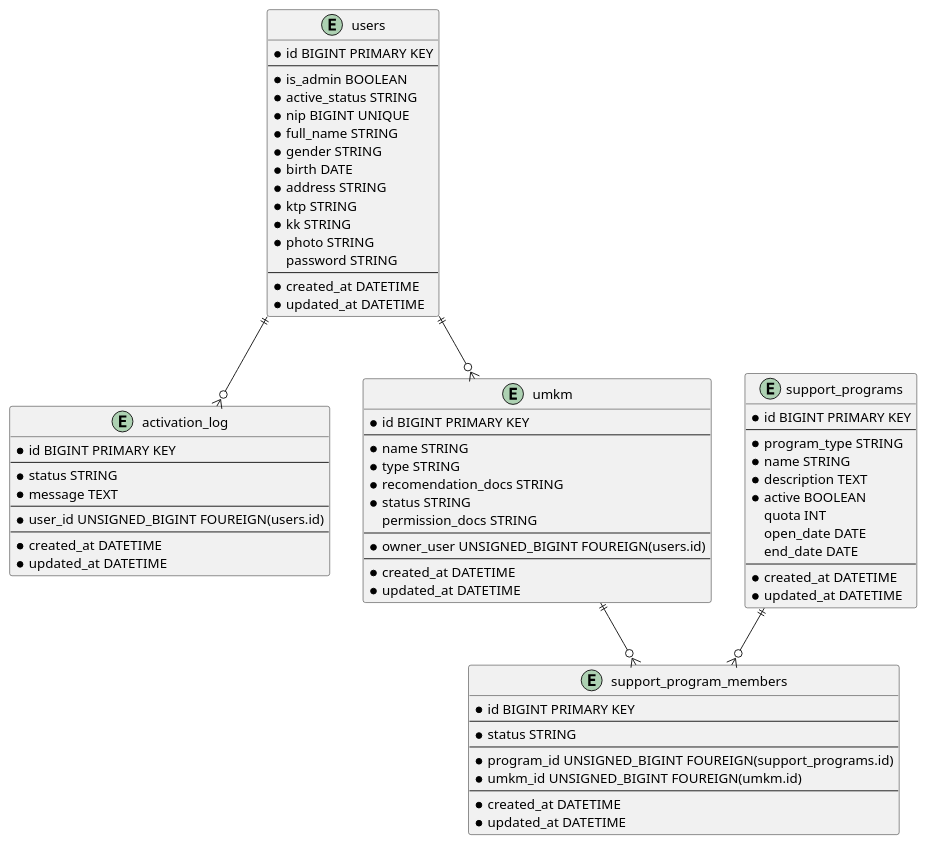
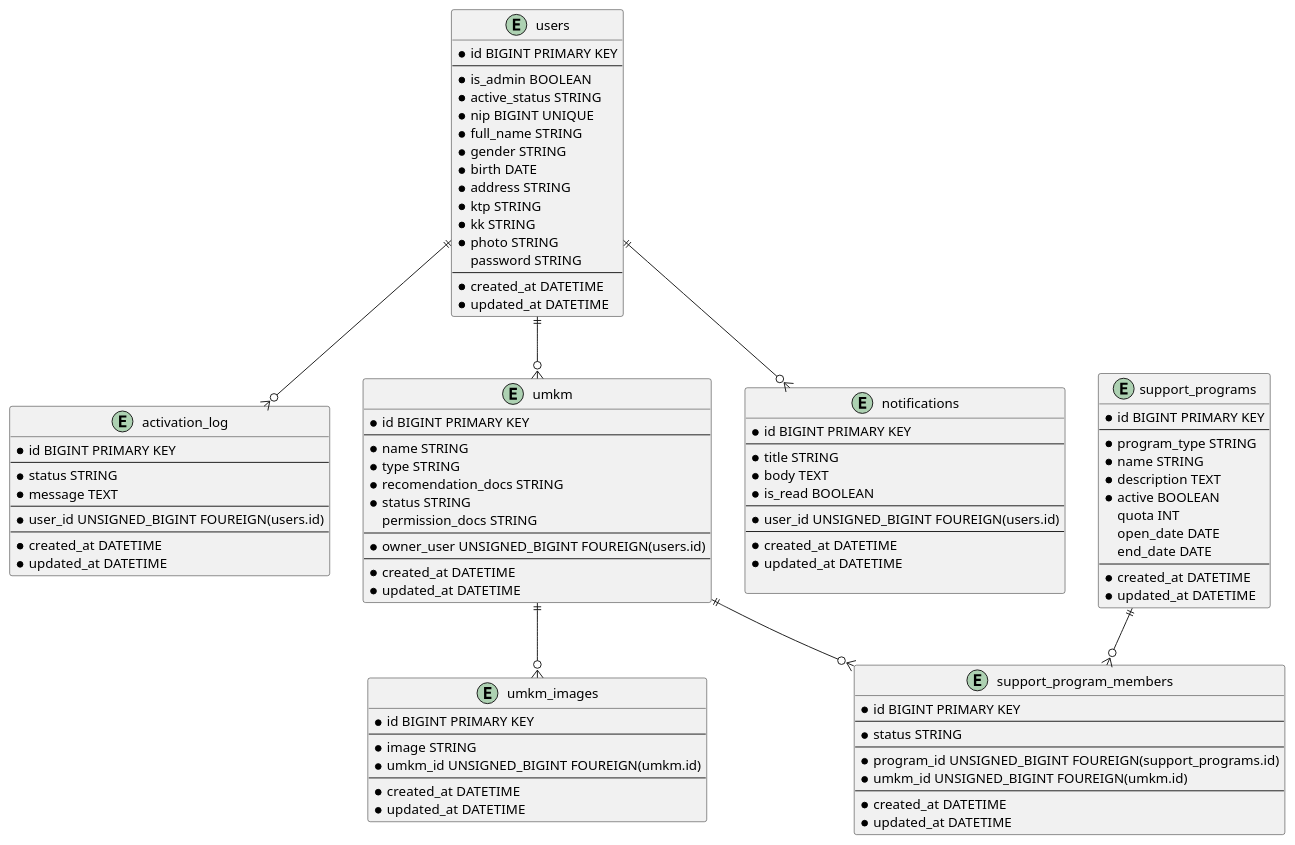
The diagram in db_design.puml (vithiaz/umkm_registration), drawn with PlantUML before and after one commit. The commit also changed 38 other files, not shown here.

```diff
--- a/db_design.puml
+++ b/db_design.puml
@@ -1,93 +1,124 @@
 @startuml
 
 entity users {
     * id BIGINT PRIMARY KEY
     --
     * is_admin BOOLEAN
     * active_status STRING
     ' active
     ' pending
     * nip BIGINT UNIQUE
     * full_name STRING
     * gender STRING
     * birth DATE
     * address STRING
     * ktp STRING
     * kk STRING
     * photo STRING
     password STRING
     --
     * created_at DATETIME
     * updated_at DATETIME
 }
 
 entity activation_log {
     * id BIGINT PRIMARY KEY
     --
     * status STRING
     ' acc
     ' rejected
     ' revoked
     * message TEXT
     --
     * user_id UNSIGNED_BIGINT FOUREIGN(users.id)
     --
     * created_at DATETIME
     * updated_at DATETIME
 }
 
 entity umkm {
     * id BIGINT PRIMARY KEY
     --
     * name STRING
     * type STRING
     ' koperasi
     ' umkm
     * recomendation_docs STRING
     * status STRING
     ' verified
     ' pending
+    ' rejected
     permission_docs STRING
     --
     * owner_user UNSIGNED_BIGINT FOUREIGN(users.id)
+    --
+    * created_at DATETIME
+    * updated_at DATETIME
+}
+
+entity umkm_images{
+    * id BIGINT PRIMARY KEY
+    --
+    * image STRING
+    * umkm_id UNSIGNED_BIGINT FOUREIGN(umkm.id)
     --
     * created_at DATETIME
     * updated_at DATETIME
 }
 
 entity support_programs {
     * id BIGINT PRIMARY KEY
     --
     * program_type STRING
     * name STRING
     * description TEXT
     * active BOOLEAN
     quota INT
     open_date DATE
     end_date DATE
     --
     * created_at DATETIME
     * updated_at DATETIME
 }
 
 entity support_program_members {
     * id BIGINT PRIMARY KEY
     --
     * status STRING
     ' pending
     ' verified
     --
     * program_id UNSIGNED_BIGINT FOUREIGN(support_programs.id)
     * umkm_id UNSIGNED_BIGINT FOUREIGN(umkm.id)
     --
     * created_at DATETIME
     * updated_at DATETIME
 }
 
+entity notifications {
+    * id BIGINT PRIMARY KEY
+    --
+    * title STRING
+    * body TEXT
+    * is_read BOOLEAN
+    --
+    * user_id UNSIGNED_BIGINT FOUREIGN(users.id)
+    --
+    * created_at DATETIME
+    * updated_at DATETIME
+
+}
+
+
+
+
+users ||--o{ notifications
 users ||--o{ umkm
 users ||--o{ activation_log
 
 support_programs ||--o{ support_program_members
 umkm ||--o{ support_program_members
 
+umkm ||--o{ umkm_images
+
 @enduml
```
